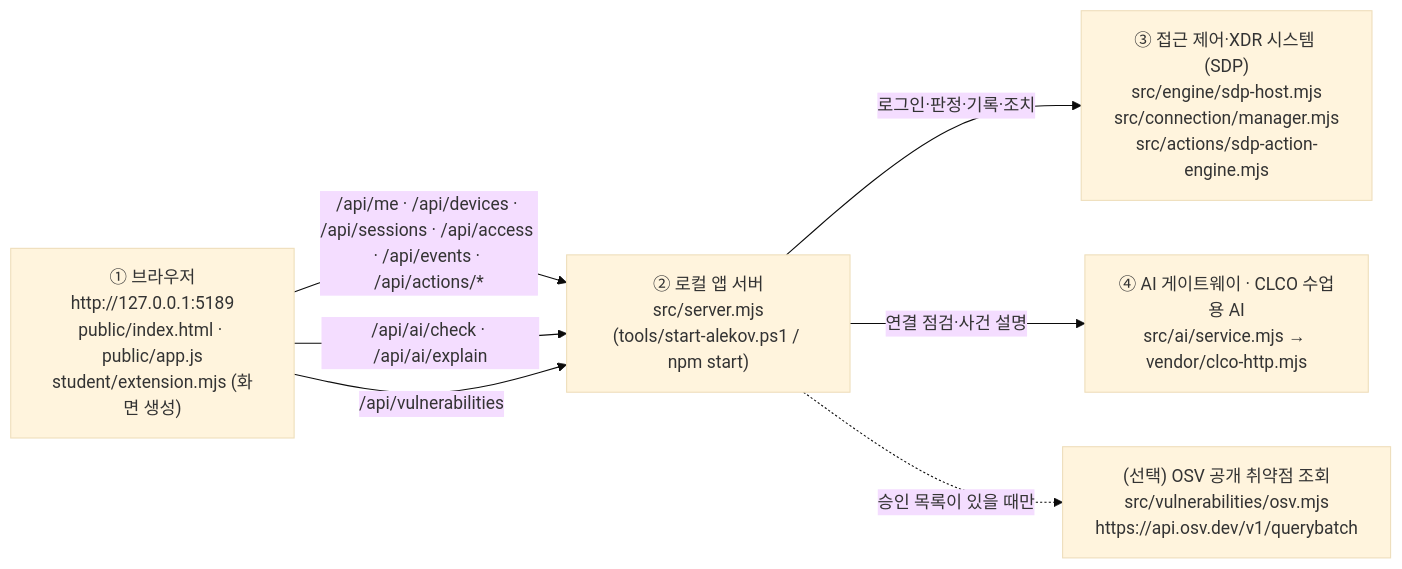
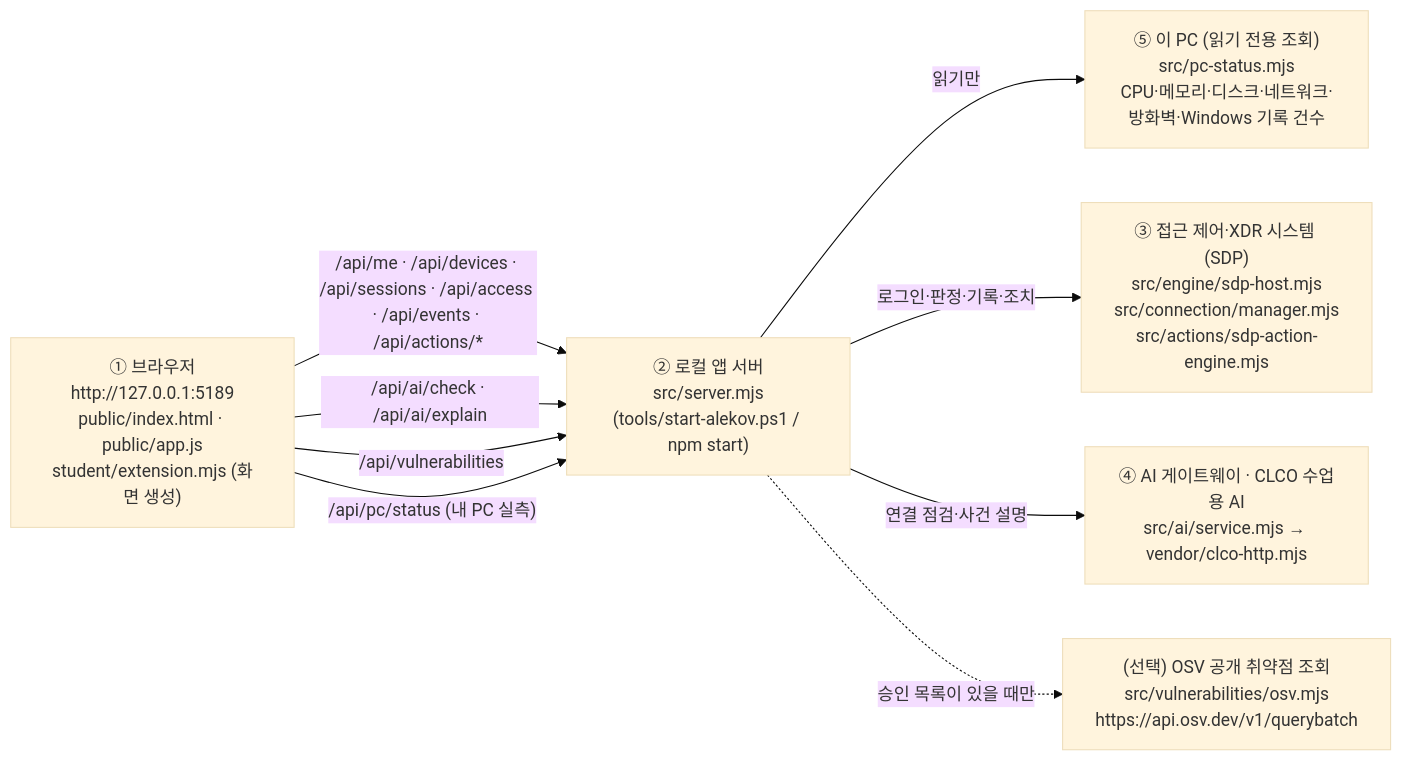
One commit to sby1234-ai/kesheb-defense changed the diagram in on-client/docs/STUDENT_GUIDE.md. Above: the diagram before and after it, drawn with Mermaid (base theme). The commit also changed other lines of this file and 2 other files, not shown here.

````diff
--- a/on-client/docs/STUDENT_GUIDE.md
+++ b/on-client/docs/STUDENT_GUIDE.md
@@ -94,14 +100,17 @@
 ```mermaid
 flowchart LR
   B["① 브라우저<br/>http://127.0.0.1:5189<br/>public/index.html · public/app.js<br/>student/extension.mjs (화면 생성)"]
   S["② 로컬 앱 서버<br/>src/server.mjs<br/>(tools/start-alekov.ps1 / npm start)"]
   X["③ 접근 제어·XDR 시스템 (SDP)<br/>src/engine/sdp-host.mjs<br/>src/connection/manager.mjs<br/>src/actions/sdp-action-engine.mjs"]
   A["④ AI 게이트웨이 · CLCO 수업용 AI<br/>src/ai/service.mjs → vendor/clco-http.mjs"]
   O["(선택) OSV 공개 취약점 조회<br/>src/vulnerabilities/osv.mjs<br/>https://api.osv.dev/v1/querybatch"]
   B -- "/api/me · /api/devices · /api/sessions · /api/access · /api/events · /api/actions/*" --> S
   B -- "/api/ai/check · /api/ai/explain" --> S
   B -- "/api/vulnerabilities" --> S
+  B -- "/api/pc/status (내 PC 실측)" --> S
+  P["⑤ 이 PC (읽기 전용 조회)<br/>src/pc-status.mjs<br/>CPU·메모리·디스크·네트워크·방화벽·Windows 기록 건수"]
+  S -- "읽기만" --> P
   S -- "로그인·판정·기록·조치" --> X
   S -- "연결 점검·사건 설명" --> A
   S -. "승인 목록이 있을 때만" .-> O
 ```
````
